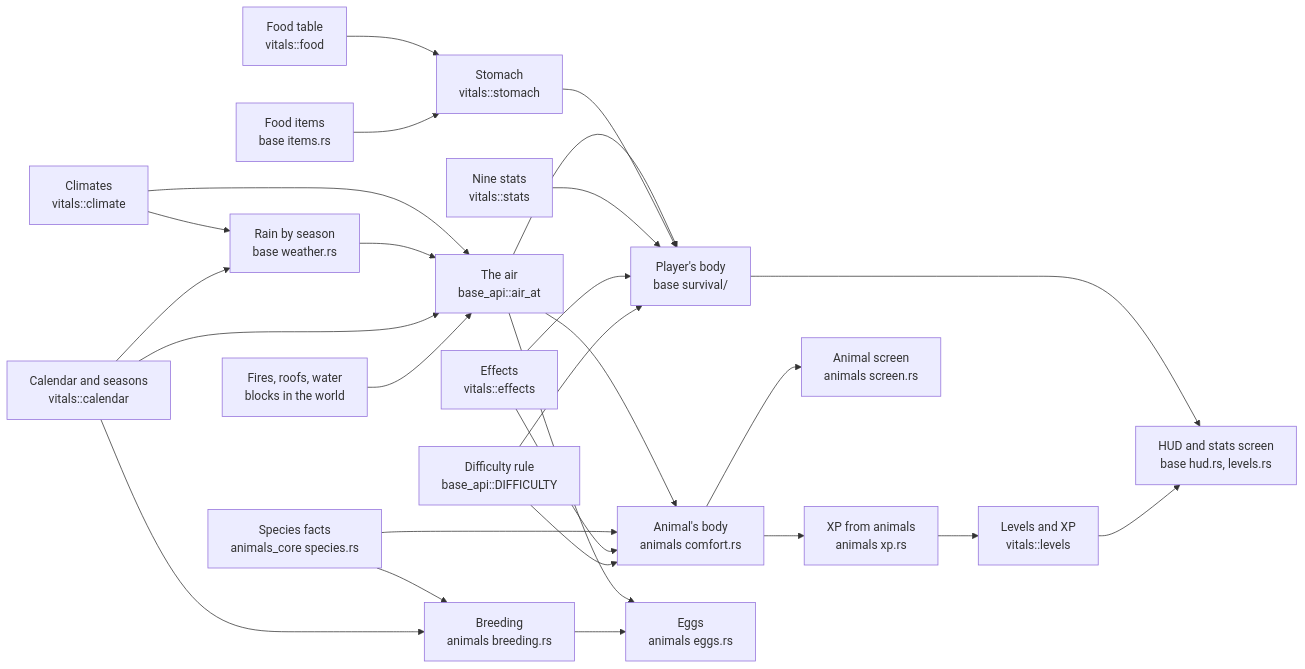
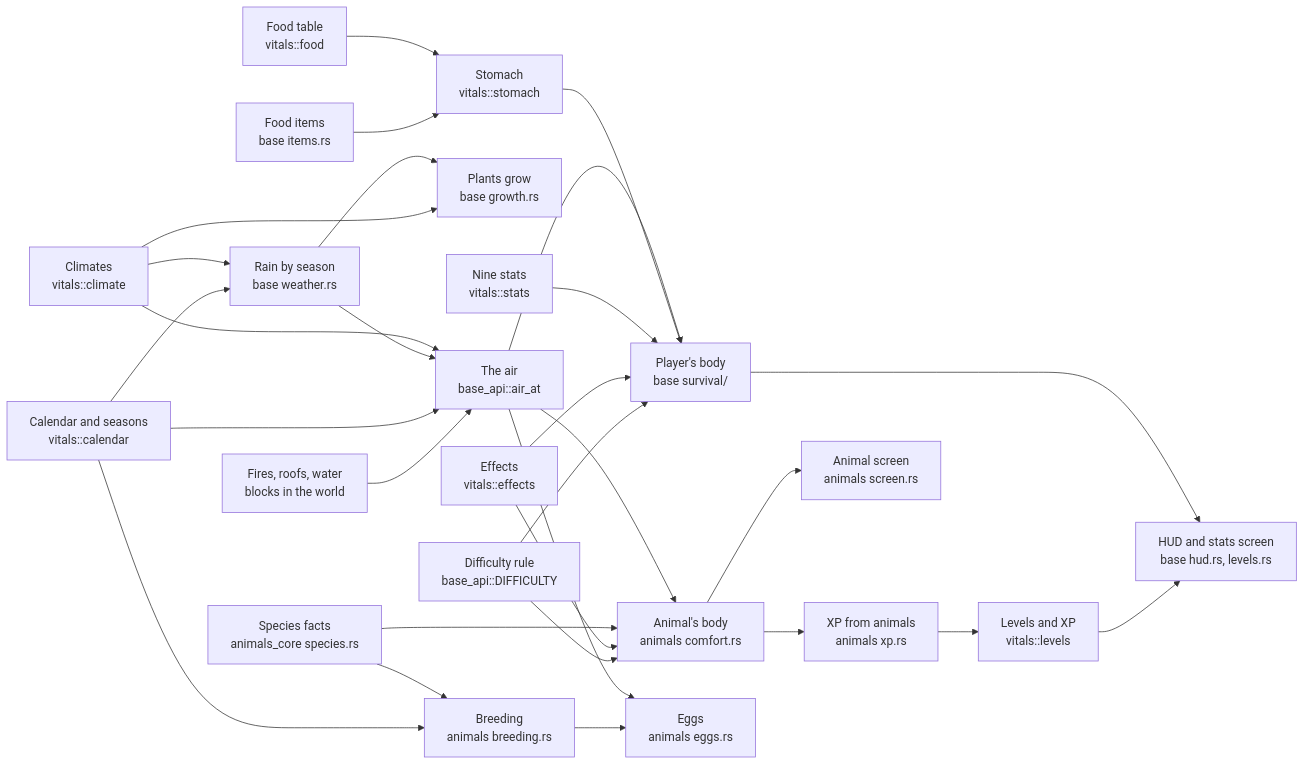
Before and after one commit to ronickg/chiacraft-weft: the diagram in notes/SYSTEMS.md, drawn with Mermaid. The commit also changed other lines of this file and 18 other files, not shown here.

First line of the commit message:
Plants grow by the place: warmth, rain and their season

````diff
--- a/notes/SYSTEMS.md
+++ b/notes/SYSTEMS.md
@@ -12,28 +12,30 @@
 ```mermaid
 flowchart LR
   climate["Climates<br/>vitals::climate"] --> air["The air<br/>base_api::air_at"]
   climate --> weather["Rain by season<br/>base weather.rs"]
   calendar --> weather
   weather --> air
+  weather --> plants["Plants grow<br/>base growth.rs"]
+  climate --> plants
   calendar["Calendar and seasons<br/>vitals::calendar"] --> air
   fires["Fires, roofs, water<br/>blocks in the world"] --> air
   air --> player["Player's body<br/>base survival/"]
   air --> animal["Animal's body<br/>animals comfort.rs"]
   air --> eggs["Eggs<br/>animals eggs.rs"]
   food["Food table<br/>vitals::food"] --> stomach["Stomach<br/>vitals::stomach"]
   items["Food items<br/>base items.rs"] --> stomach
   stomach --> player
   stats["Nine stats<br/>vitals::stats"] --> player
   species["Species facts<br/>animals_core species.rs"] --> animal
   species --> breeding["Breeding<br/>animals breeding.rs"]
   calendar --> breeding
   breeding --> eggs
   effects["Effects<br/>vitals::effects"] --> player
   effects --> animal
   difficulty["Difficulty rule<br/>base_api::DIFFICULTY"] --> player
   difficulty --> animal
   player --> hud["HUD and stats screen<br/>base hud.rs, levels.rs"]
   levels["Levels and XP<br/>vitals::levels"] --> hud
   animal --> xp["XP from animals<br/>animals xp.rs"] --> levels
   animal --> screen["Animal screen<br/>animals screen.rs"]
 ```
````
